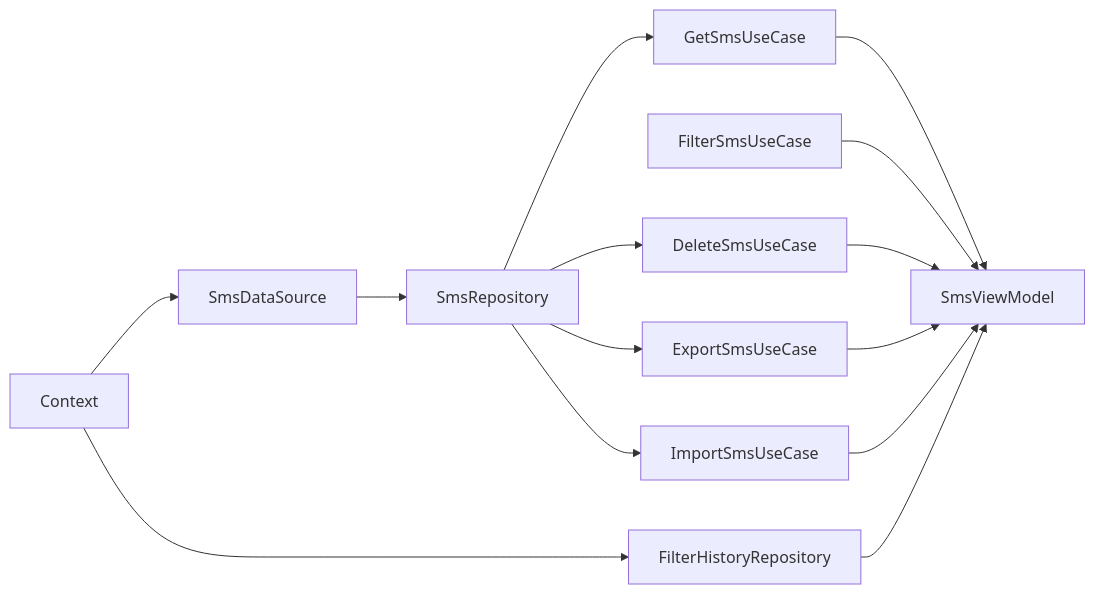
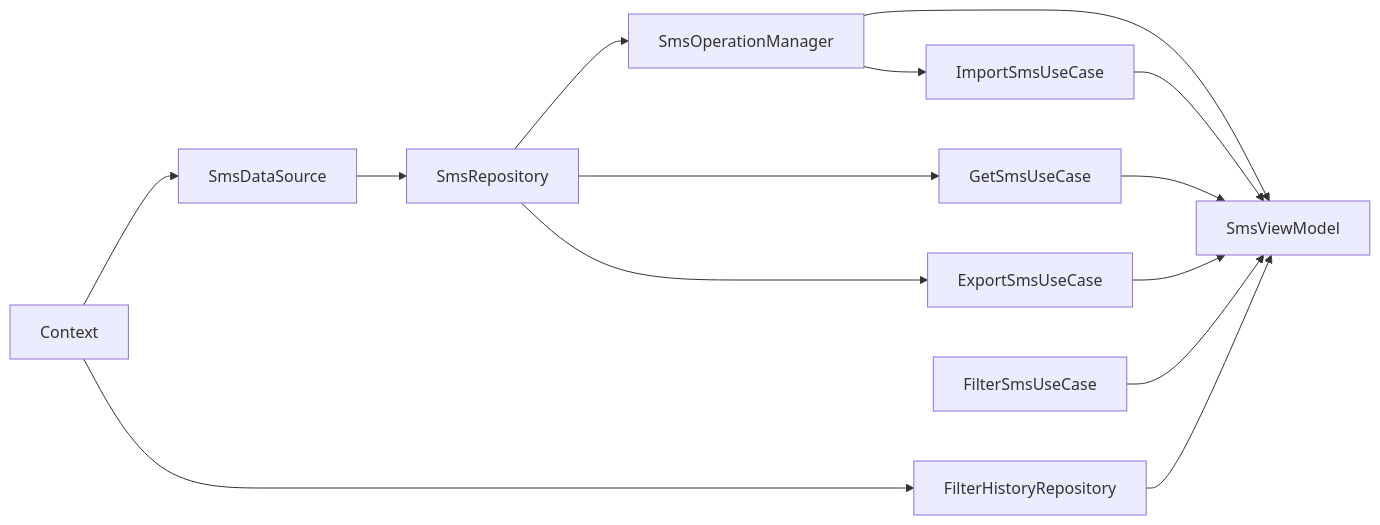
One commit to yuameshi/sms-cleaner changed the fourth of 4 diagrams in docs/ARCHITECTURE.md. Above: the diagram before and after it, drawn with Mermaid. The commit also changed other lines of this file and 6 other files, not shown here.

First line of the commit message:
refactor: unify delete and database operation interfaces

````diff
--- a/docs/ARCHITECTURE.md
+++ b/docs/ARCHITECTURE.md
@@ -228,18 +229,19 @@
 ```mermaid
 graph LR
     Context[Context] --> SmsDataSource
     Context --> FilterHistoryRepository
     
     SmsDataSource --> SmsRepository
+    SmsRepository --> SmsOperationManager
     SmsRepository --> GetSmsUseCase
-    SmsRepository --> DeleteSmsUseCase
     SmsRepository --> ExportSmsUseCase
-    SmsRepository --> ImportSmsUseCase
+    
+    SmsOperationManager --> SmsViewModel
+    SmsOperationManager --> ImportSmsUseCase
     
     GetSmsUseCase --> SmsViewModel
     FilterSmsUseCase --> SmsViewModel
-    DeleteSmsUseCase --> SmsViewModel
     ExportSmsUseCase --> SmsViewModel
     ImportSmsUseCase --> SmsViewModel
     FilterHistoryRepository --> SmsViewModel
 ```
````
